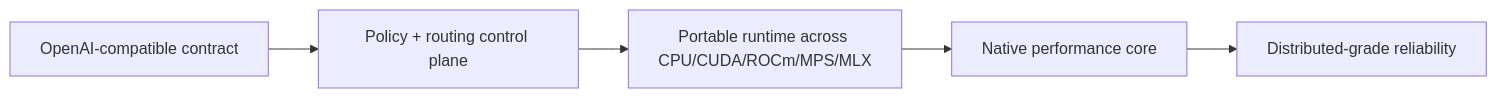
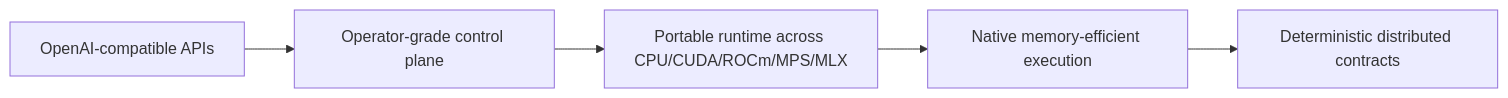
The diagram in docs/VISION.md (vjsingh1984/inferflux), drawn with Mermaid before and after one commit. The commit also changed other lines of this file and 13 other files, not shown here.

````diff
--- a/docs/VISION.md
+++ b/docs/VISION.md
@@ -5,7 +5,7 @@
 ```mermaid
 flowchart LR
-    A[OpenAI-compatible contract] --> B[Policy + routing control plane]
+    A[OpenAI-compatible APIs] --> B[Operator-grade control plane]
     B --> C[Portable runtime across CPU/CUDA/ROCm/MPS/MLX]
-    C --> D[Native performance core]
-    D --> E[Distributed-grade reliability]
+    C --> D[Native memory-efficient execution]
+    D --> E[Deterministic distributed contracts]
 ```
````
